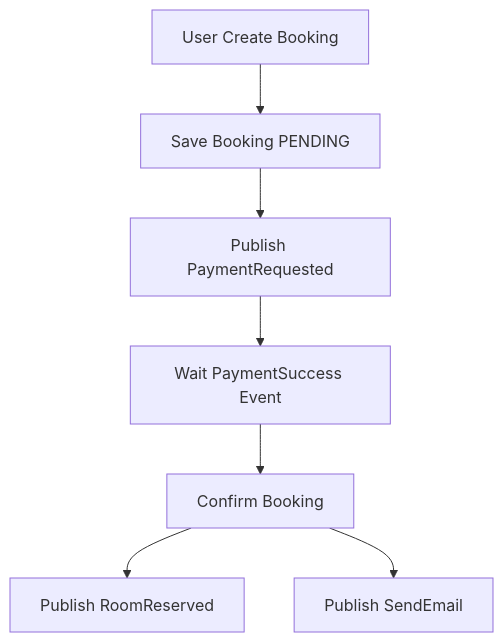
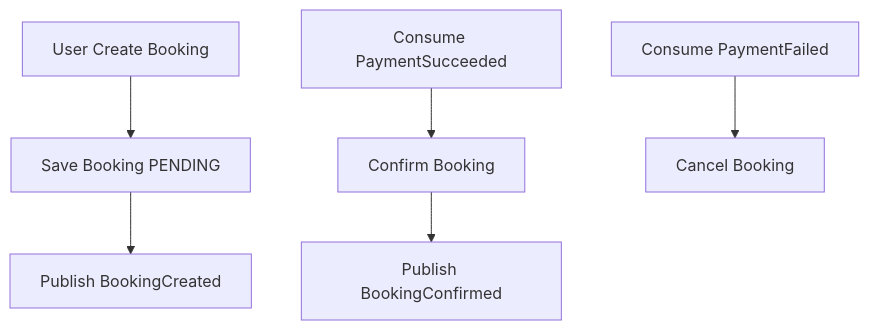
One commit to bangit14/WebBanHang-Project changed the third of 6 diagrams in analysis-and-design-ddd.md. Above: the diagram before and after it, drawn with Mermaid. The commit also changed other lines of this file, not shown here.

````diff
--- a/analysis-and-design-ddd.md
+++ b/analysis-and-design-ddd.md
@@ -146,9 +180,10 @@
 ```mermaid
 flowchart TD
     A[User Create Booking] --> B[Save Booking PENDING]
-    B --> C[Publish PaymentRequested]
-    C --> D[Wait PaymentSuccess Event]
-    D --> E[Confirm Booking]
-    E --> F[Publish RoomReserved]
-    E --> G[Publish SendEmail]
+    B --> C[Publish BookingCreated]
+
+    D[Consume PaymentSucceeded] --> E[Confirm Booking]
+    E --> F[Publish BookingConfirmed]
+
+    G[Consume PaymentFailed] --> H[Cancel Booking]
 ```
````
